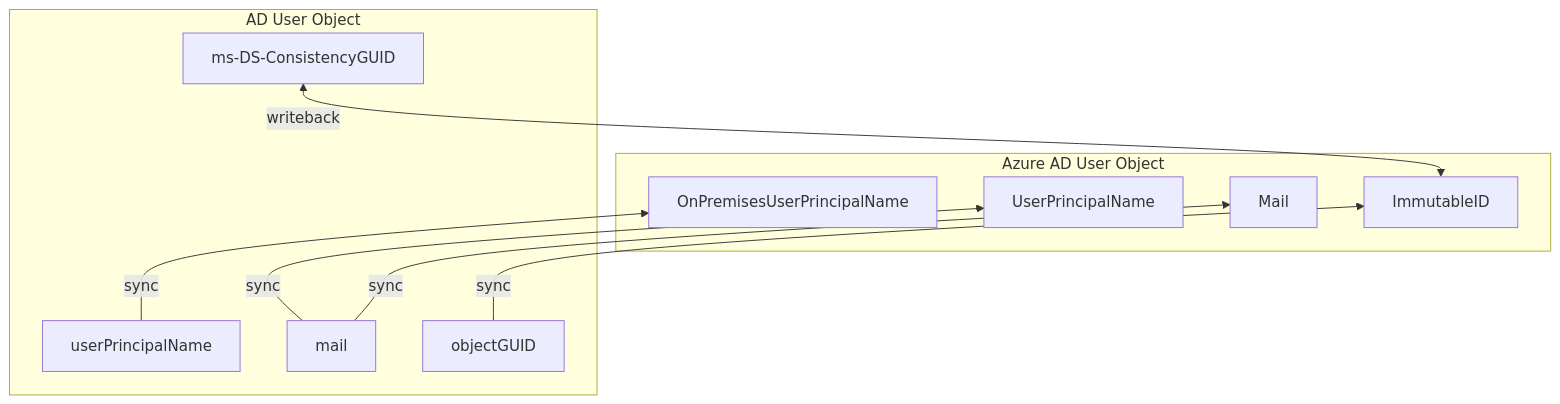
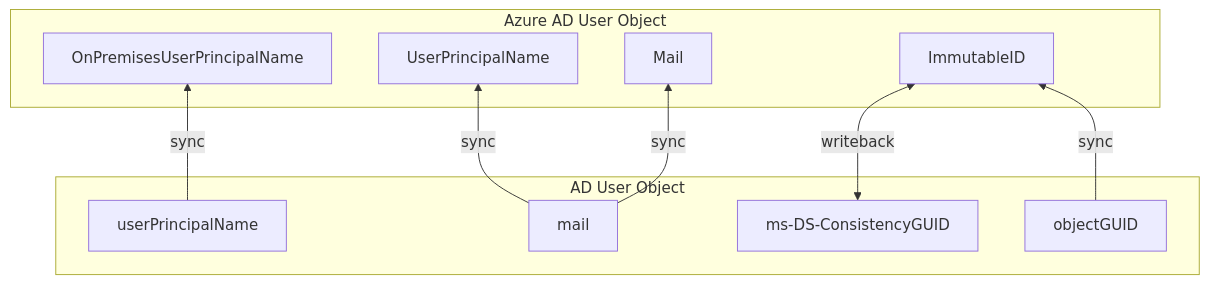
The diagram in doc/AAD-CertificateBasedAuthentication-DODPKI.md (amasse3/AzureAD-Baseline-MLZ), drawn with Mermaid before and after one commit.

`````diff
--- a/doc/AAD-CertificateBasedAuthentication-DODPKI.md
+++ b/doc/AAD-CertificateBasedAuthentication-DODPKI.md
@@ -28,20 +28,20 @@
 ````mermaid
 flowchart BT
     subgraph Azure AD User Object
     UserPrincipalName
     OnPremisesUserPrincipalName
     Mail
     ImmutableID
     end
     subgraph AD User Object
     userPrincipalName
     mail
     ms-DS-ConsistencyGUID
     objectGUID
     end
     userPrincipalName-->|sync|OnPremisesUserPrincipalName
     mail-->|sync|UserPrincipalName
     mail-->|sync|Mail
     objectGUID-->|sync|ImmutableID
-    ImmutableID<-->|writeback|ms-DS-ConsistencyGUID
+    ms-DS-ConsistencyGUID<-->|writeback|ImmutableID
 ````
`````
